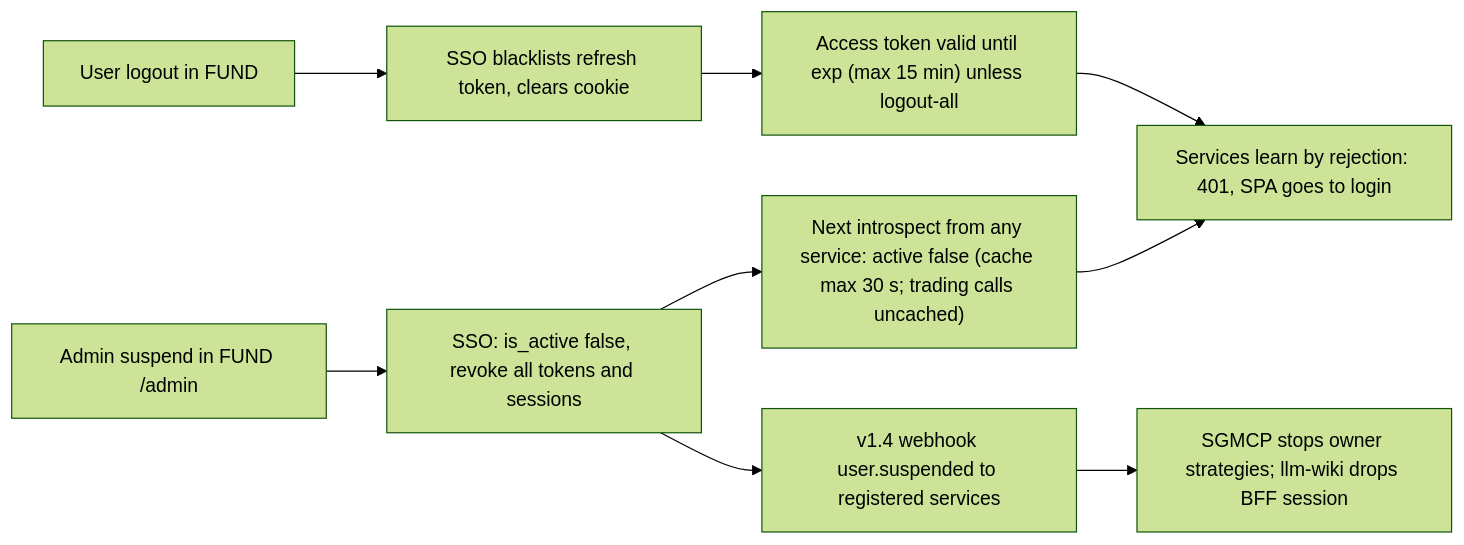
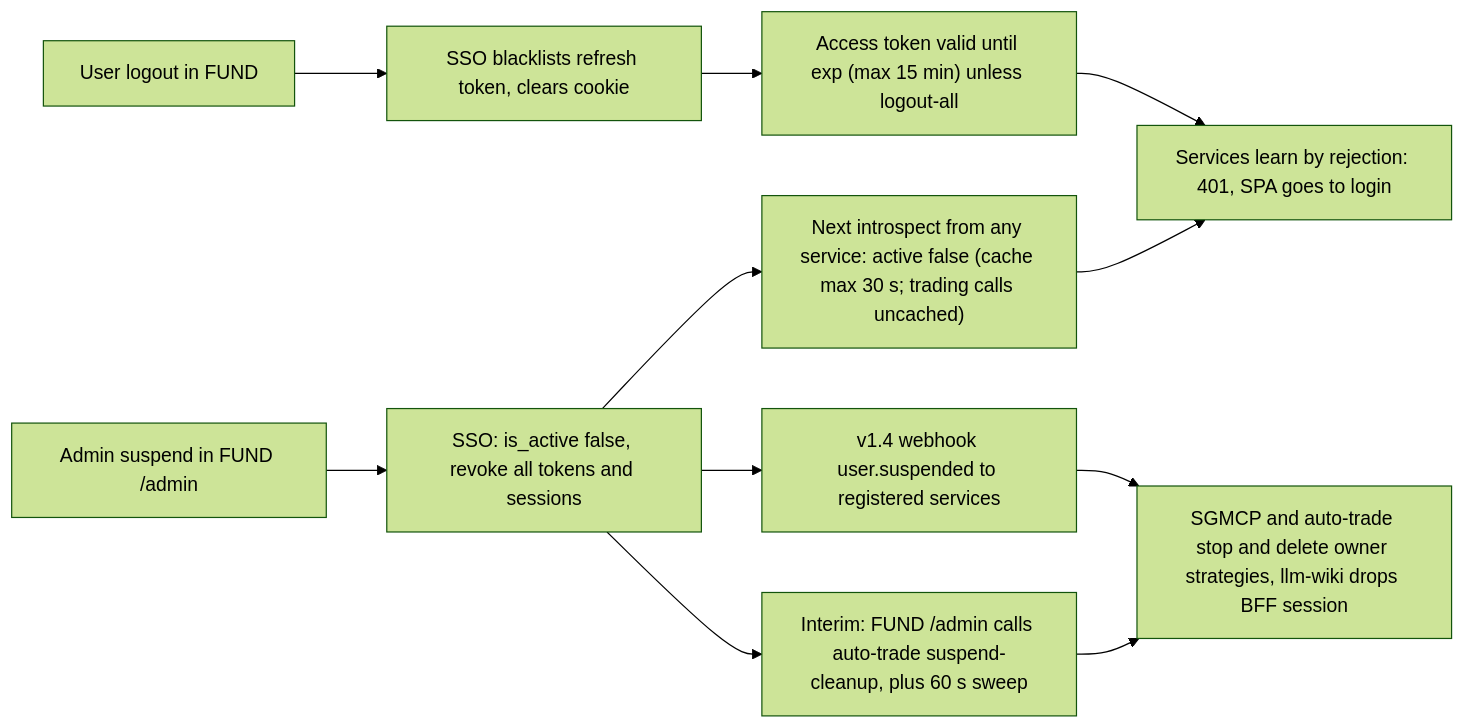
Diagram 14 of 14 in docs/ECOSYSTEM-INTEGRATION.md (Neural-Matrix-LLC/SSO-server), drawn with Mermaid (forest theme) before and after one commit. The commit also changed other lines of this file and 4 other files, not shown here.

````diff
--- a/docs/ECOSYSTEM-INTEGRATION.md
+++ b/docs/ECOSYSTEM-INTEGRATION.md
@@ -500,11 +640,13 @@
 ```mermaid
 flowchart LR
   L["User logout in FUND"] --> R1["SSO blacklists refresh token, clears cookie"]
   R1 --> R2["Access token valid until exp (max 15 min) unless logout-all"]
   S["Admin suspend in FUND /admin"] --> S1["SSO: is_active false, revoke all tokens and sessions"]
   S1 --> S2["Next introspect from any service: active false (cache max 30 s; trading calls uncached)"]
   S1 --> S3["v1.4 webhook user.suspended to registered services"]
-  S3 --> S4["SGMCP stops owner strategies; llm-wiki drops BFF session"]
+  S1 --> S5["Interim: FUND /admin calls auto-trade suspend-cleanup, plus 60 s sweep"]
+  S3 --> S4["SGMCP and auto-trade stop and delete owner strategies, llm-wiki drops BFF session"]
+  S5 --> S4
   R2 --> X["Services learn by rejection: 401, SPA goes to login"]
   S2 --> X
 ```
````
